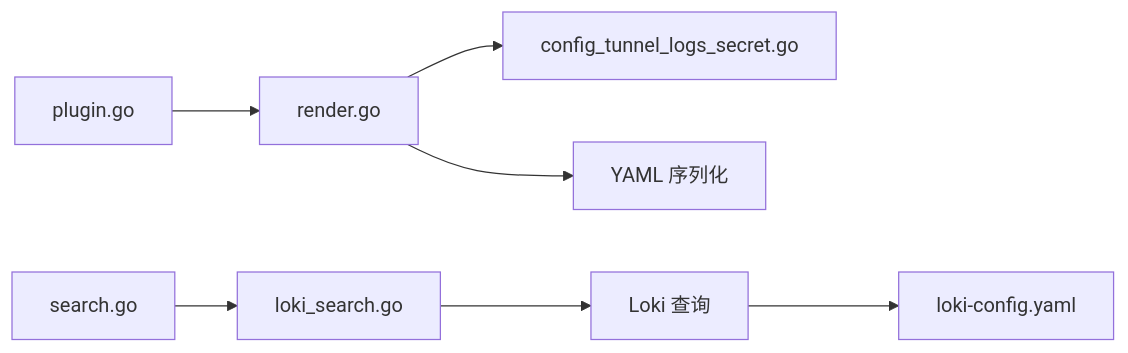
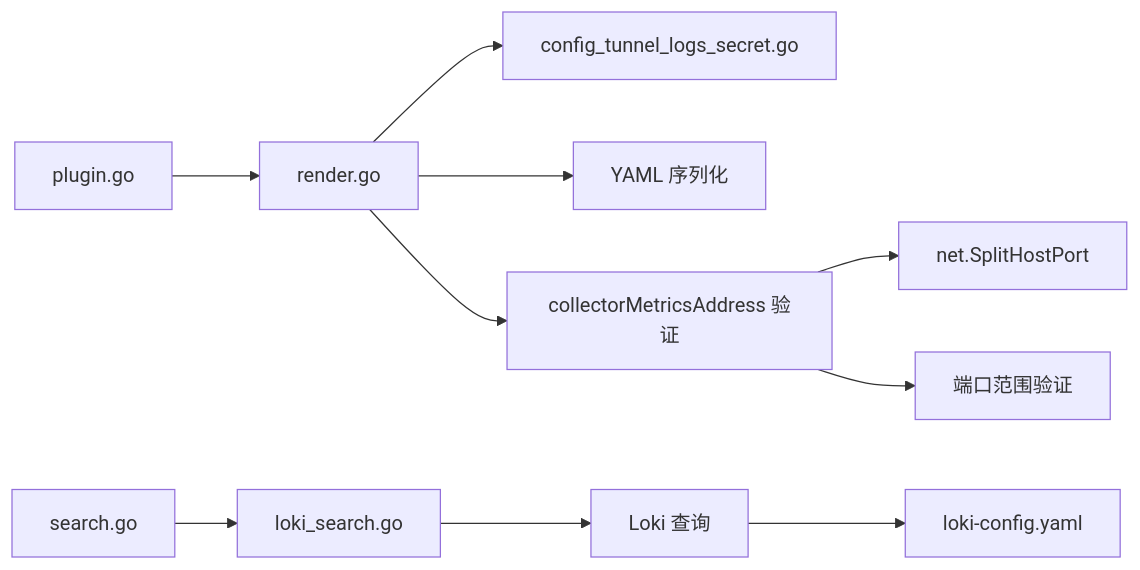
One commit to xied1133-oss/ongrid changed the fifth of 5 diagrams in .qoder/repowiki/zh/content/架构设计/扩展性设计/插件系统/内置插件详解/日志采集插件.md. Above: the diagram before and after it, drawn with Mermaid. The commit also changed other lines of this file and 30 other files, not shown here.

````diff
--- a/.qoder/repowiki/zh/content/架构设计/扩展性设计/插件系统/内置插件详解/日志采集插件.md
+++ b/.qoder/repowiki/zh/content/架构设计/扩展性设计/插件系统/内置插件详解/日志采集插件.md
@@ -220,9 +257,12 @@
 ```mermaid
 graph LR
 P["plugin.go"] --> R["render.go"]
 R --> E["config_tunnel_logs_secret.go"]
 R --> Y["YAML 序列化"]
+R --> V["collectorMetricsAddress 验证"]
 Q["search.go"] --> LS["loki_search.go"]
 LS --> LC["Loki 查询"]
 LC --> CFG["loki-config.yaml"]
+V --> NET["net.SplitHostPort"]
+V --> PORT["端口范围验证"]
 ```
````
